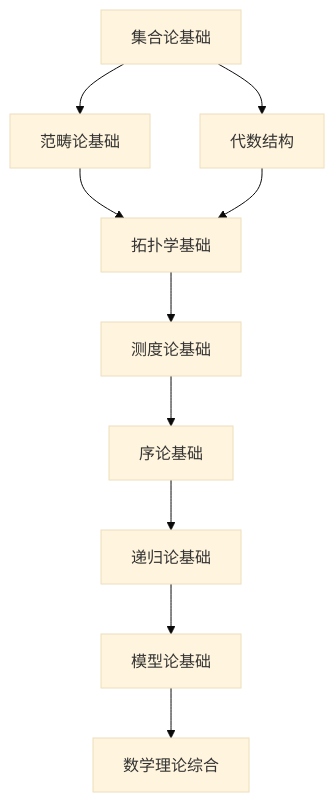
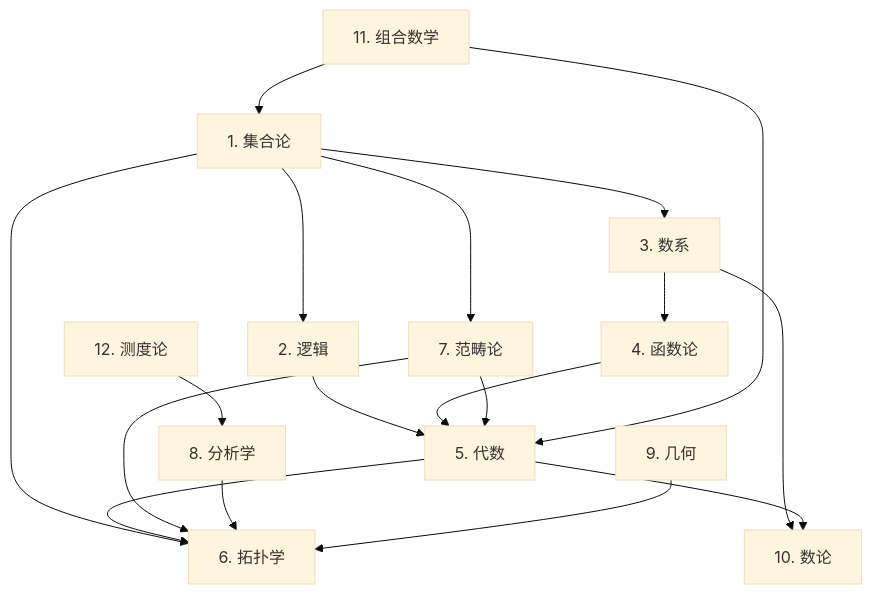
Before and after one commit to AdaMartin18010/FormalScience: the diagram in docs/Refactor/02_Mathematical_Foundations/01_Mathematical_Foundation_Index.md, drawn with Mermaid (base theme). The commit also changed other lines of this file and 61 other files, not shown here.

````diff
--- a/docs/Refactor/02_Mathematical_Foundations/01_Mathematical_Foundation_Index.md
+++ b/docs/Refactor/02_Mathematical_Foundations/01_Mathematical_Foundation_Index.md
@@ -51,12 +50,20 @@
 ```mermaid
 graph TD
-    A[集合论基础] --> B[范畴论基础]
-    A --> C[代数结构]
-    B --> D[拓扑学基础]
-    C --> D
-    D --> E[测度论基础]
-    E --> F[序论基础]
-    F --> G[递归论基础]
-    G --> H[模型论基础]
-    H --> I[数学理论综合]
+    A[1. 集合论] --> B[2. 逻辑]
+    A --> C[3. 数系]
+    C --> D[4. 函数论]
+    B --> E[5. 代数]
+    D --> E
+    A --> F[6. 拓扑学]
+    E --> F
+    A --> G[7. 范畴论]
+    G --> E
+    G --> F
+    H[8. 分析学] --> F
+    I[9. 几何] --> F
+    C --> J[10. 数论]
+    E --> J
+    K[11. 组合数学] --> A
+    K --> E
+    L[12. 测度论] --> H
 ```
````
